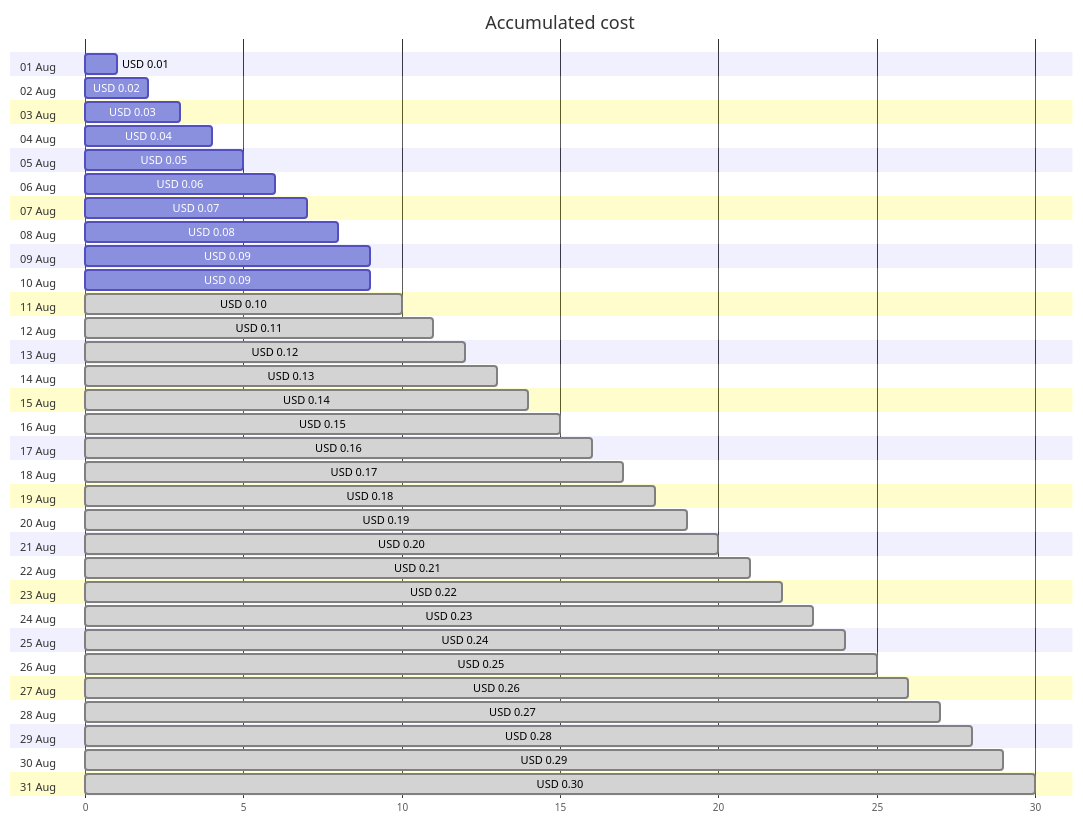
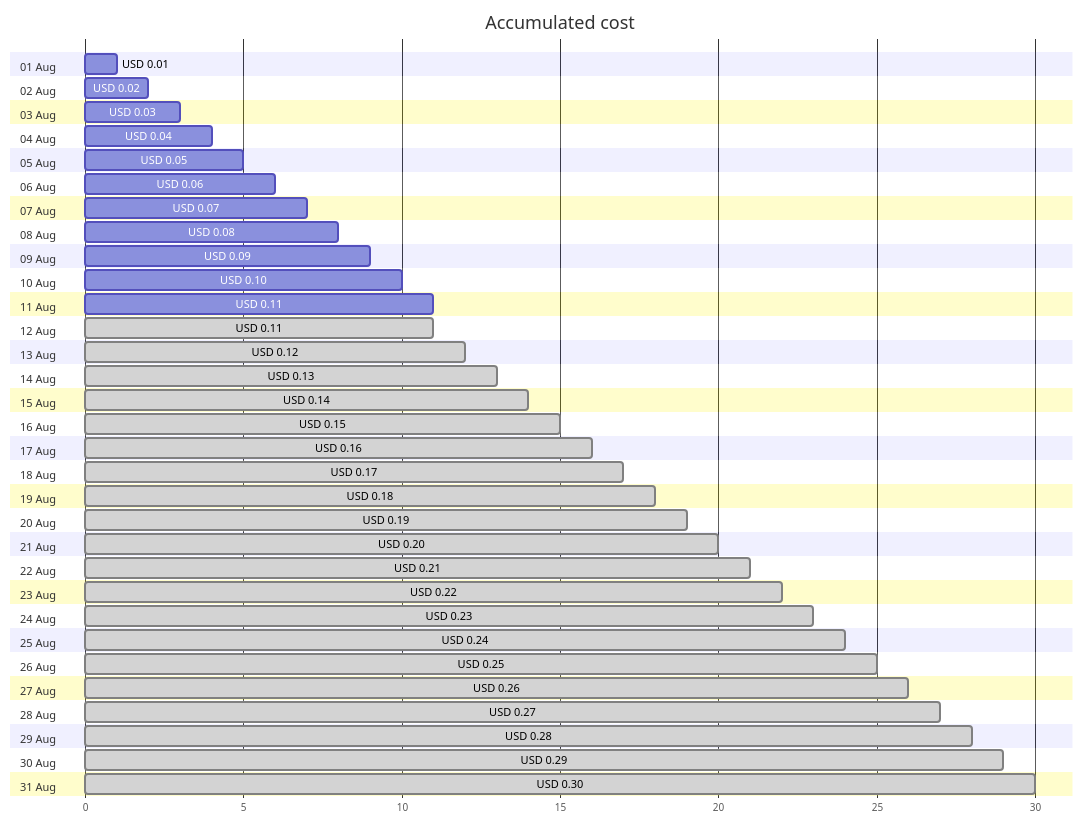
Before and after one commit to jpfulton/azure-personal-reports: the first of 4 diagrams in cost-reports/cloud-shell-storage-eastus/README.md, drawn with Mermaid. The commit also changed other lines of this file and 1 other file, not shown here.

````diff
--- a/cost-reports/cloud-shell-storage-eastus/README.md
+++ b/cost-reports/cloud-shell-storage-eastus/README.md
@@ -20,68 +20,68 @@
 ```mermaid
 gantt
    title Accumulated cost
    dateFormat  X
    axisFormat %s
    section 01 Aug
    USD 0.01 :0, 1
    section 02 Aug
    USD 0.02 :0, 2
    section 03 Aug
    USD 0.03 :0, 3
    section 04 Aug
    USD 0.04 :0, 4
    section 05 Aug
    USD 0.05 :0, 5
    section 06 Aug
    USD 0.06 :0, 6
    section 07 Aug
    USD 0.07 :0, 7
    section 08 Aug
    USD 0.08 :0, 8
    section 09 Aug
    USD 0.09 :0, 9
    section 10 Aug
-   USD 0.09 :0, 9
+   USD 0.10 :0, 10
    section 11 Aug
-   USD 0.10 : done, 0, 10
+   USD 0.11 :0, 11
    section 12 Aug
    USD 0.11 : done, 0, 11
    section 13 Aug
    USD 0.12 : done, 0, 12
    section 14 Aug
    USD 0.13 : done, 0, 13
    section 15 Aug
    USD 0.14 : done, 0, 14
    section 16 Aug
    USD 0.15 : done, 0, 15
    section 17 Aug
    USD 0.16 : done, 0, 16
    section 18 Aug
    USD 0.17 : done, 0, 17
    section 19 Aug
    USD 0.18 : done, 0, 18
    section 20 Aug
    USD 0.19 : done, 0, 19
    section 21 Aug
    USD 0.20 : done, 0, 20
    section 22 Aug
    USD 0.21 : done, 0, 21
    section 23 Aug
    USD 0.22 : done, 0, 22
    section 24 Aug
    USD 0.23 : done, 0, 23
    section 25 Aug
    USD 0.24 : done, 0, 24
    section 26 Aug
    USD 0.25 : done, 0, 25
    section 27 Aug
    USD 0.26 : done, 0, 26
    section 28 Aug
    USD 0.27 : done, 0, 27
    section 29 Aug
    USD 0.28 : done, 0, 28
    section 30 Aug
    USD 0.29 : done, 0, 29
    section 31 Aug
    USD 0.30 : done, 0, 30
 ```
````
